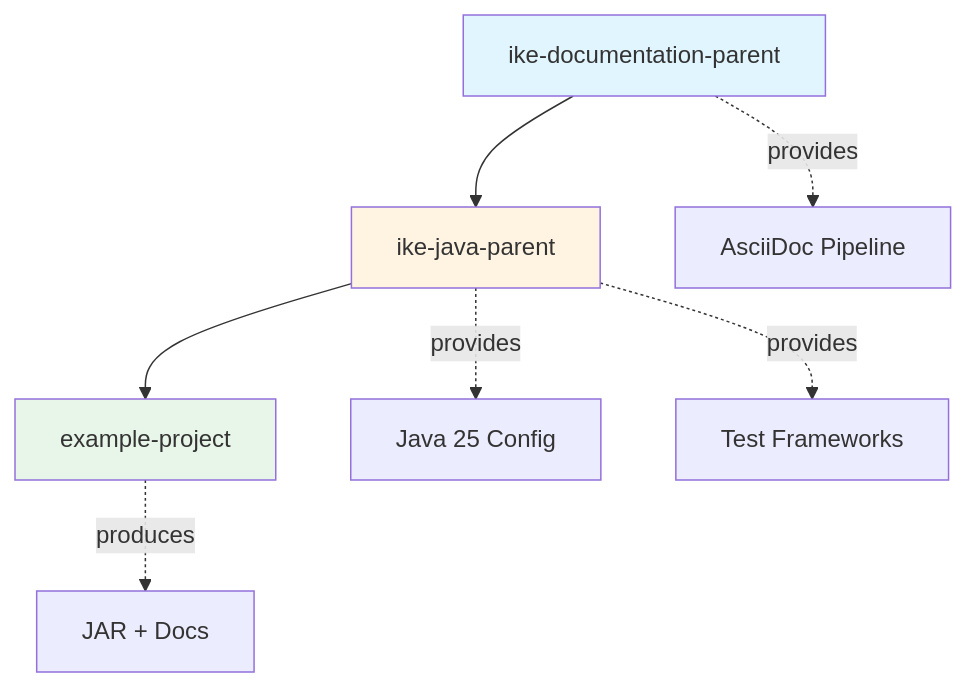
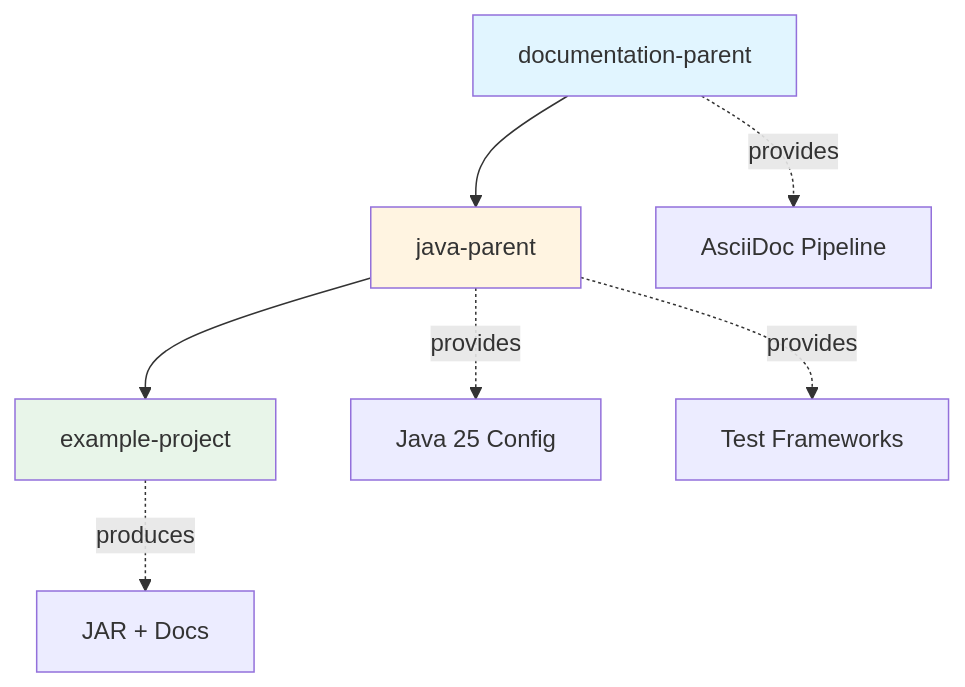
Before and after one commit to IKE-Network/ike-pipeline: the first of 2 diagrams in example-project/src/docs/asciidoc/chapters/architecture.adoc, drawn with Mermaid. The commit also changed 67 other files, not shown here.

```diff
--- a/example-project/src/docs/asciidoc/chapters/architecture.adoc
+++ b/example-project/src/docs/asciidoc/chapters/architecture.adoc
@@ -39,15 +39,15 @@
 [mermaid]
 ....
 graph TB
-    A[ike-documentation-parent] --> B[ike-java-parent]
+    A[documentation-parent] --> B[java-parent]
     B --> C[example-project]
     
     A -.provides.-> D[AsciiDoc Pipeline]
     B -.provides.-> E[Java 25 Config]
     B -.provides.-> F[Test Frameworks]
     C -.produces.-> G[JAR + Docs]
     
     style A fill:#e1f5ff
     style B fill:#fff4e1
     style C fill:#e8f5e9
 ....
```
